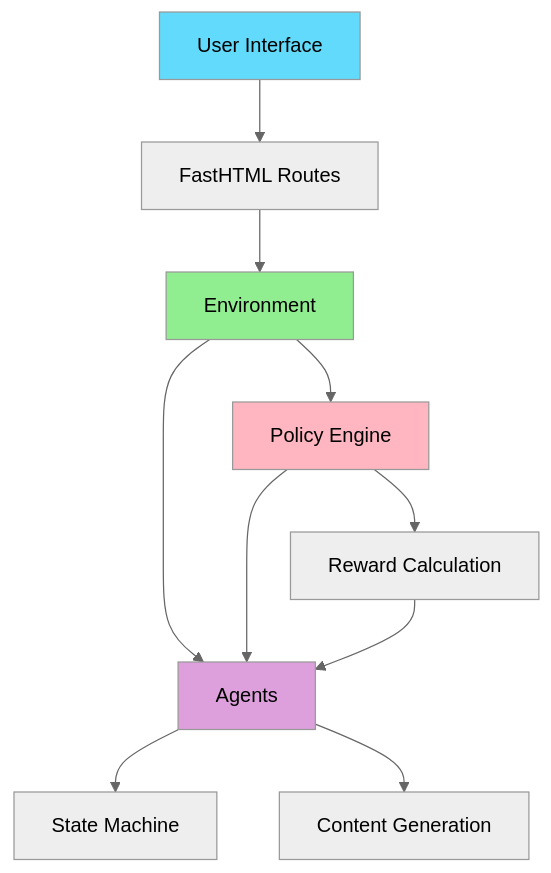
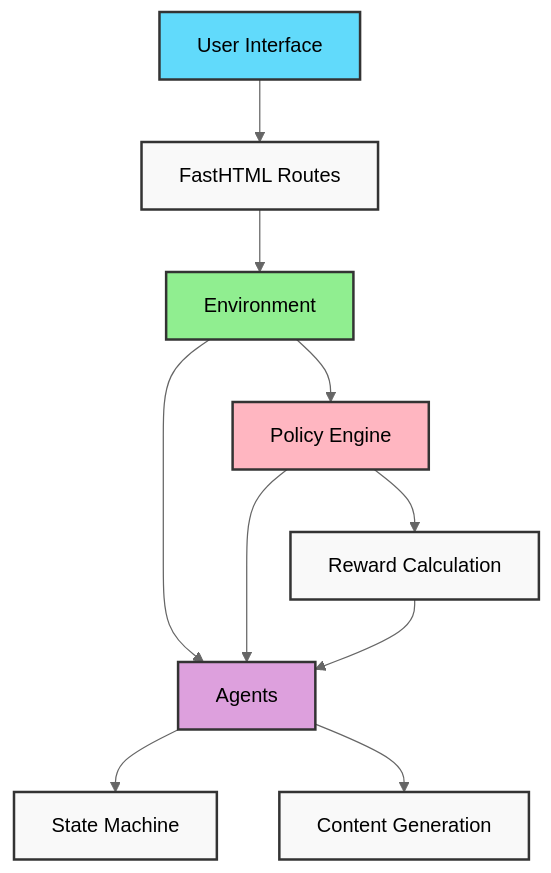
The diagram in docs/index.md (codeamt/platform-capitalism), drawn with Mermaid (neutral theme) before and after one commit. The commit also changed 1 other file, not shown here.

Commit message:
changed font for diagram in docs

````diff
--- a/docs/index.md
+++ b/docs/index.md
@@ -39,17 +39,21 @@
 ```mermaid
 graph TD
     A[User Interface] --> B[FastHTML Routes]
     B --> C[Environment]
     C --> D[Policy Engine]
     C --> E[Agents]
     D --> E
     E --> F[State Machine]
     E --> G[Content Generation]
     D --> H[Reward Calculation]
     H --> E
     
-    style A fill:#61DAFB
-    style C fill:#90EE90
-    style D fill:#FFB6C1
-    style E fill:#DDA0DD
+    style A fill:#61DAFB,stroke:#333,stroke-width:2px,color:#000
+    style B fill:#f9f9f9,stroke:#333,stroke-width:2px,color:#000
+    style C fill:#90EE90,stroke:#333,stroke-width:2px,color:#000
+    style D fill:#FFB6C1,stroke:#333,stroke-width:2px,color:#000
+    style E fill:#DDA0DD,stroke:#333,stroke-width:2px,color:#000
+    style F fill:#f9f9f9,stroke:#333,stroke-width:2px,color:#000
+    style G fill:#f9f9f9,stroke:#333,stroke-width:2px,color:#000
+    style H fill:#f9f9f9,stroke:#333,stroke-width:2px,color:#000
 ```
````
